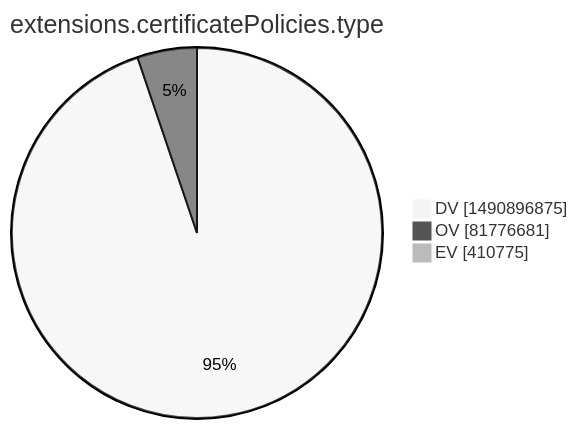
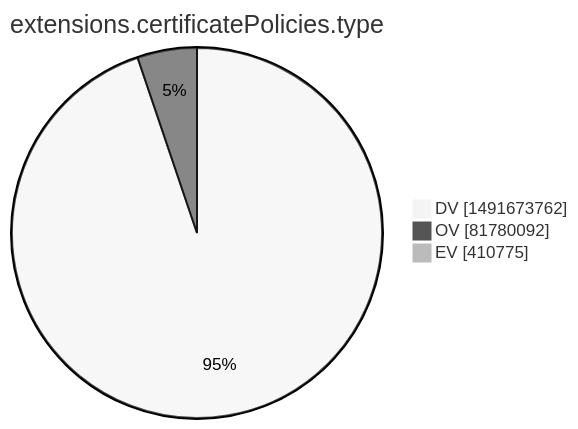
One commit to christiankrug/ctmonitor_visualization changed the tenth of 15 diagrams in xenon2022/README.md. Above: the diagram before and after it, drawn with Mermaid (neutral theme). The commit also changed other lines of this file, not shown here.

````diff
--- a/xenon2022/README.md
+++ b/xenon2022/README.md
@@ -2874,7 +2874,7 @@
 ```mermaid
 pie showData
 title extensions.certificatePolicies.type
-"DV" :1490896875
-"OV" :81776681
+"DV" :1491673762
+"OV" :81780092
 "EV" :410775
 ```
````
